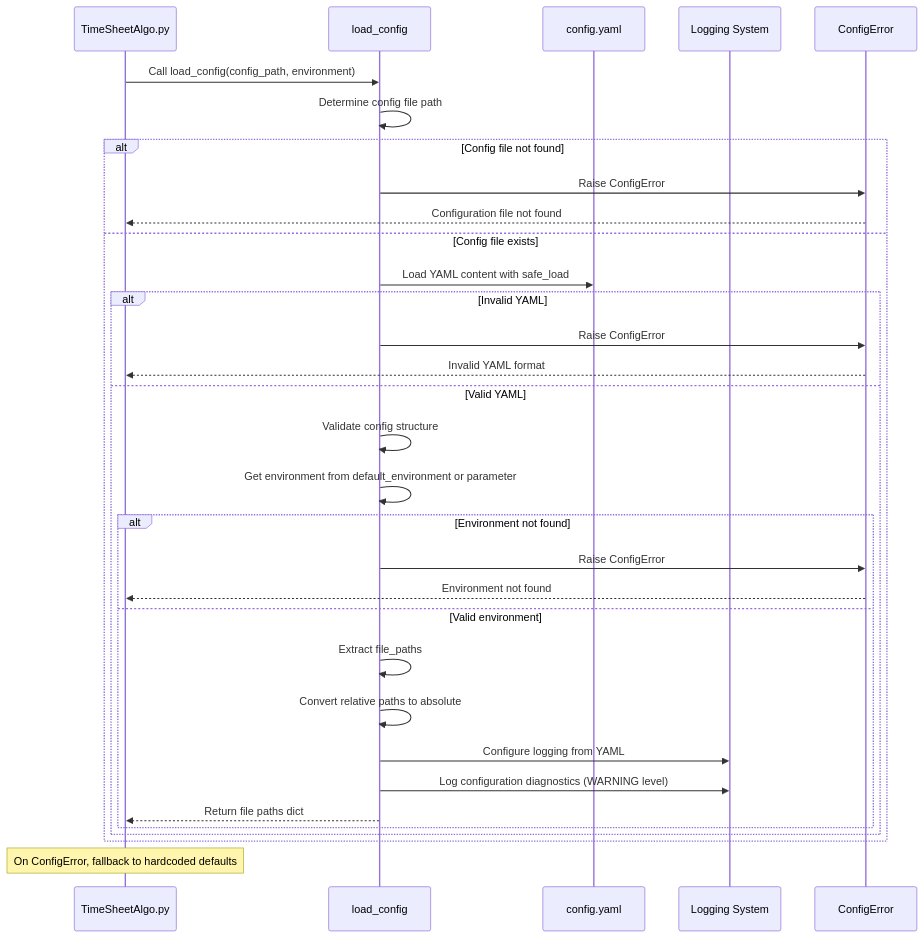
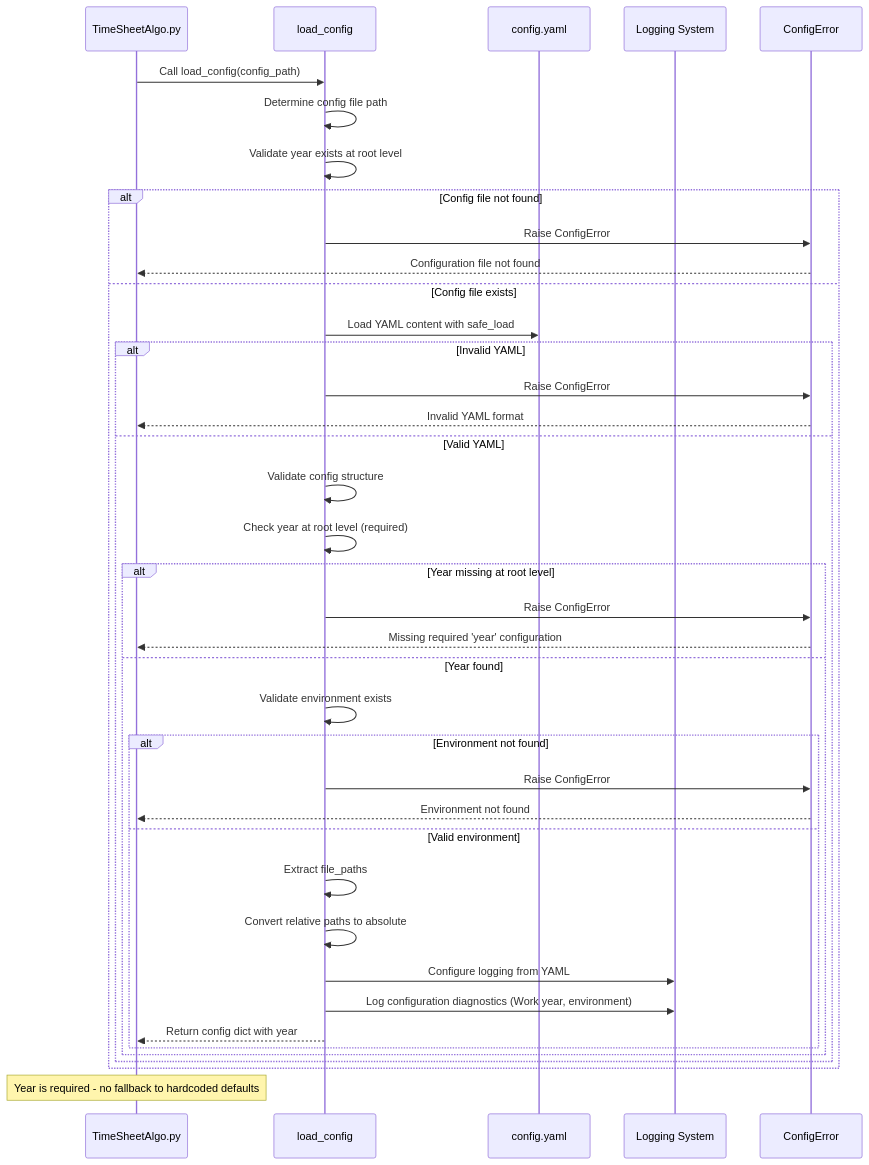
The second of 7 diagrams in doc/ARCHITECTURE.md (DedeHa/TimeSheet), drawn with Mermaid before and after one commit. The commit also changed other lines of this file and 1 other file, not shown here.

First line of the commit message:
docs(architecture): update documentation for year configuration changes

````diff
--- a/doc/ARCHITECTURE.md
+++ b/doc/ARCHITECTURE.md
@@ -47,37 +46,44 @@
 ```mermaid
 sequenceDiagram
     participant TSA as TimeSheetAlgo.py
     participant LCF as load_config
     participant CF as config.yaml
     participant LOG as Logging System
     participant CE as ConfigError
-    
-    TSA->>LCF: Call load_config(config_path, environment)
+
+    TSA->>LCF: Call load_config(config_path)
     LCF->>LCF: Determine config file path
-    
+    LCF->>LCF: Validate year exists at root level
+
     alt Config file not found
         LCF->>CE: Raise ConfigError
         CE-->>TSA: Configuration file not found
     else Config file exists
         LCF->>CF: Load YAML content with safe_load
         alt Invalid YAML
             LCF->>CE: Raise ConfigError
             CE-->>TSA: Invalid YAML format
         else Valid YAML
             LCF->>LCF: Validate config structure
-            LCF->>LCF: Get environment from default_environment or parameter
-            alt Environment not found
+            LCF->>LCF: Check year at root level (required)
+            alt Year missing at root level
                 LCF->>CE: Raise ConfigError
-                CE-->>TSA: Environment not found
-            else Valid environment
-                LCF->>LCF: Extract file_paths
-                LCF->>LCF: Convert relative paths to absolute
-                LCF->>LOG: Configure logging from YAML
-                LCF->>LOG: Log configuration diagnostics (WARNING level)
-                LCF-->>TSA: Return file paths dict
+                CE-->>TSA: Missing required 'year' configuration
+            else Year found
+                LCF->>LCF: Validate environment exists
+                alt Environment not found
+                    LCF->>CE: Raise ConfigError
+                    CE-->>TSA: Environment not found
+                else Valid environment
+                    LCF->>LCF: Extract file_paths
+                    LCF->>LCF: Convert relative paths to absolute
+                    LCF->>LOG: Configure logging from YAML
+                    LCF->>LOG: Log configuration diagnostics (Work year, environment)
+                    LCF-->>TSA: Return config dict with year
+                end
             end
         end
     end
-    
-    Note over TSA: On ConfigError, fallback to hardcoded defaults
+
+    Note over TSA: Year is required - no fallback to hardcoded defaults
 ```
````
